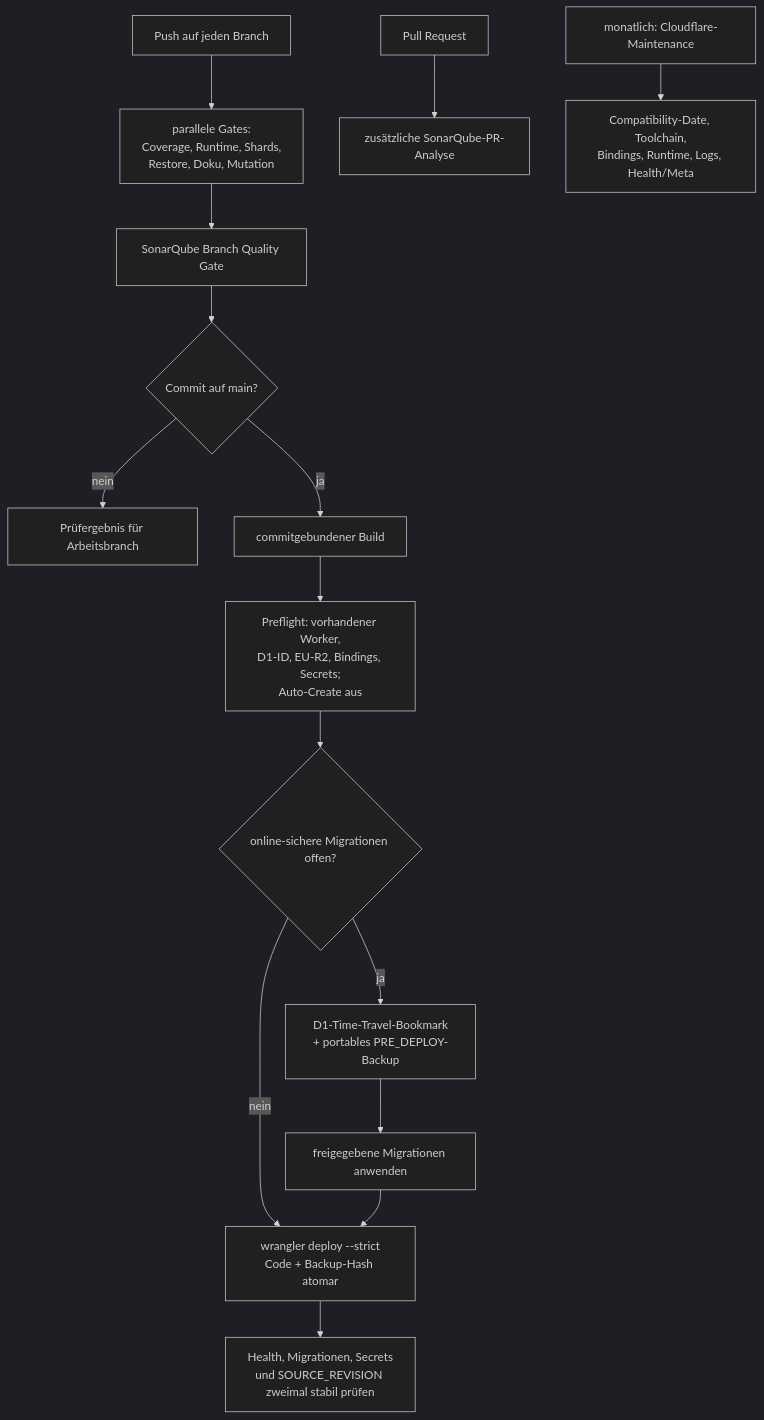
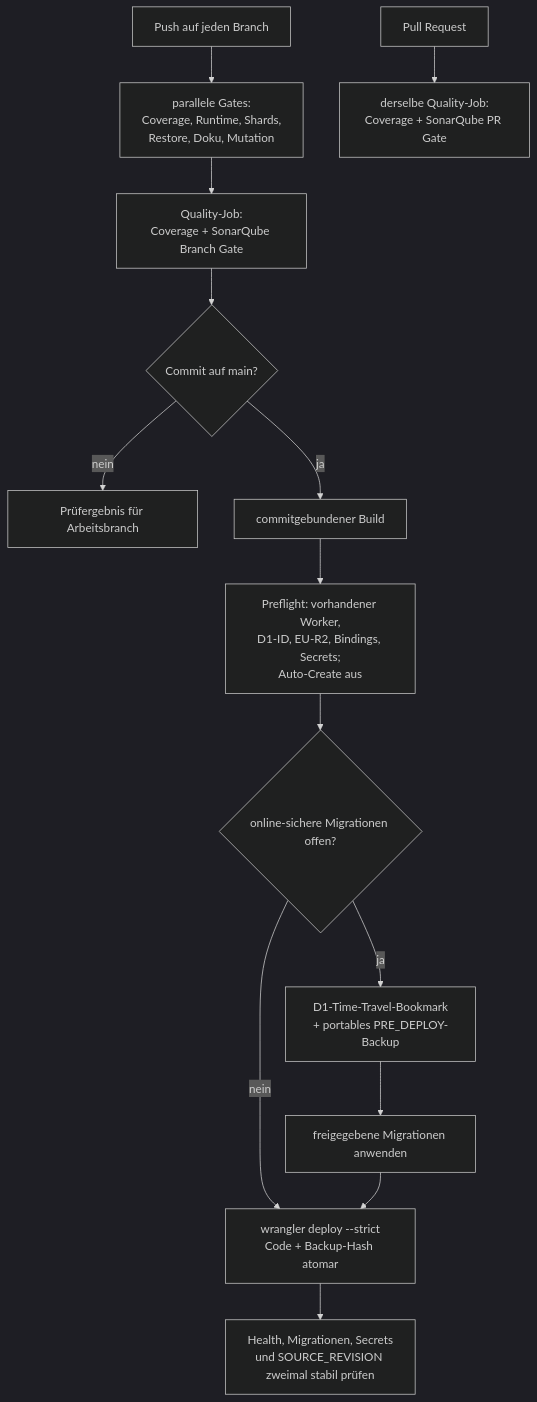
The second of 2 diagrams in docs/architecture/arc42/07-verteilungssicht.md (aguther/rundflug-leitstand), drawn with Mermaid (dark theme) before and after one commit. The commit also changed other lines of this file and 19 other files, not shown here.

````diff
--- a/docs/architecture/arc42/07-verteilungssicht.md
+++ b/docs/architecture/arc42/07-verteilungssicht.md
@@ -84,18 +84,16 @@
 ```mermaid
 flowchart TB
     PUSH["Push auf jeden Branch"] --> CI["parallele Gates:<br/>Coverage, Runtime, Shards,<br/>Restore, Doku, Mutation"]
-    CI --> SONAR["SonarQube Branch Quality Gate"]
-    PR["Pull Request"] --> PRSONAR["zusätzliche SonarQube-PR-Analyse"]
-    SONAR --> MAIN{"Commit auf main?"}
+    CI --> QUALITY["Quality-Job:<br/>Coverage + SonarQube Branch Gate"]
+    PR["Pull Request"] --> QUALITYPR["derselbe Quality-Job:<br/>Coverage + SonarQube PR Gate"]
+    QUALITY --> MAIN{"Commit auf main?"}
     MAIN -->|"nein"| DONE["Prüfergebnis für Arbeitsbranch"]
     MAIN -->|"ja"| BUILD["commitgebundener Build"]
     BUILD --> PREFLIGHT["Preflight: vorhandener Worker,<br/>D1-ID, EU-R2, Bindings, Secrets;<br/>Auto-Create aus"]
     PREFLIGHT --> MIG{"online-sichere Migrationen offen?"}
     MIG -->|"nein"| DEP["wrangler deploy --strict<br/>Code + Backup-Hash atomar"]
     MIG -->|"ja"| BACKUP["D1-Time-Travel-Bookmark<br/>+ portables PRE_DEPLOY-Backup"]
     BACKUP --> APPLY["freigegebene Migrationen anwenden"]
     APPLY --> DEP
     DEP --> VERIFY["Health, Migrationen, Secrets<br/>und SOURCE_REVISION zweimal stabil prüfen"]
-    MON["monatlich: Cloudflare-Maintenance"]
-    MON --> RUNTIME["Compatibility-Date, Toolchain,<br/>Bindings, Runtime, Logs, Health/Meta"]
 ```
````
